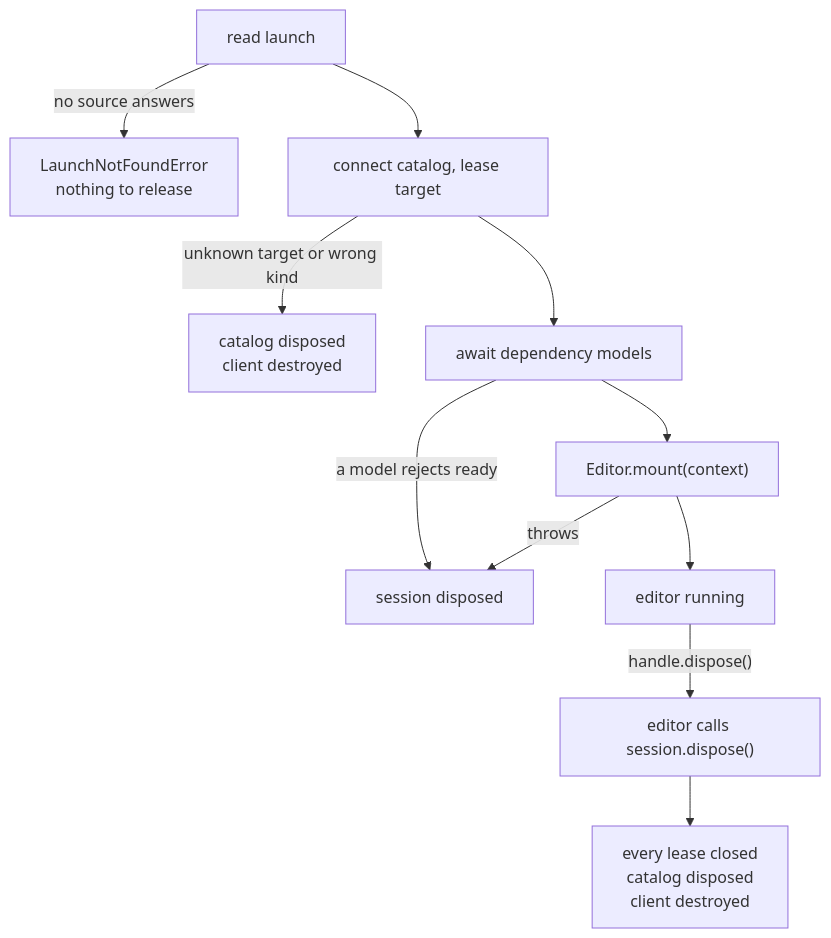
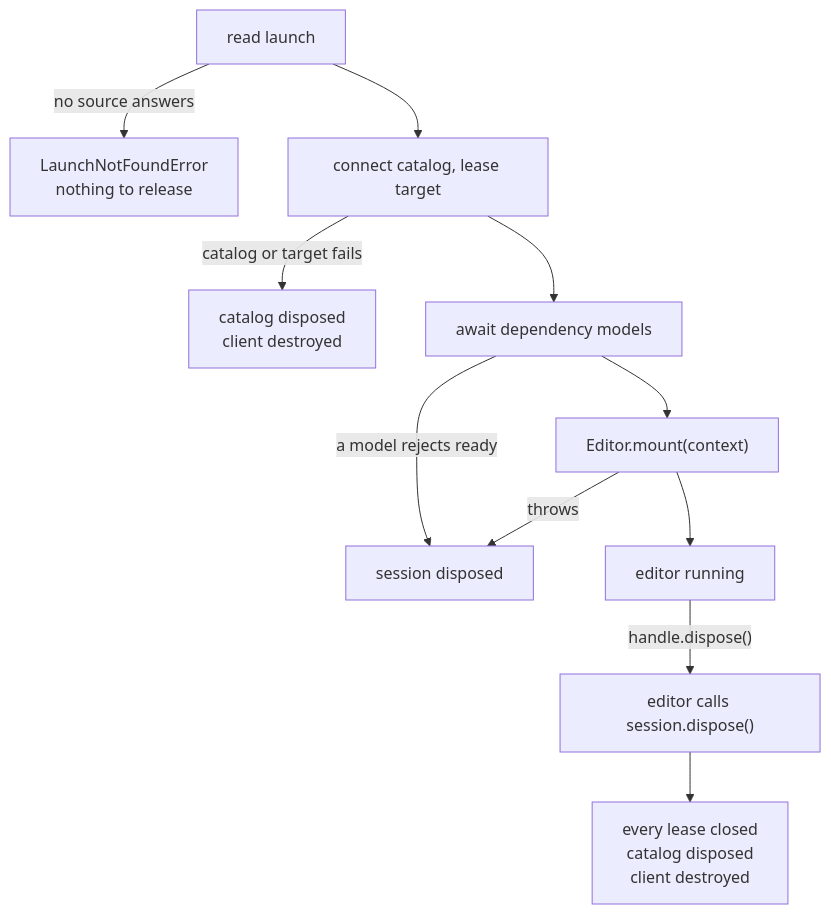
The eighth of 10 diagrams in packages/editors/host/ARCHITECTURE.md (JollyPixel/editor), drawn with Mermaid before and after one commit. The commit also changed other lines of this file and 17 other files, not shown here.

Commit message:
docs: complete ARCHITECTURE.md and GLOSSARY.md across workspaces (#752)

````diff
--- a/packages/editors/host/ARCHITECTURE.md
+++ b/packages/editors/host/ARCHITECTURE.md
@@ -198,13 +263,13 @@
 ```mermaid
 flowchart TB
   Read["read launch"] -->|"no source answers"| E1["LaunchNotFoundError<br/>nothing to release"]
   Read --> Connect["connect catalog, lease target"]
-  Connect -->|"unknown target or wrong kind"| E2["catalog disposed<br/>client destroyed"]
+  Connect -->|"catalog or target fails"| E2["catalog disposed<br/>client destroyed"]
   Connect --> Ready["await dependency models"]
   Ready -->|"a model rejects ready"| E3["session disposed"]
   Ready --> MountStep["Editor.mount(context)"]
   MountStep -->|"throws"| E3
   MountStep --> Running["editor running"]
   Running -->|"handle.dispose()"| Dispose["editor calls session.dispose()"]
   Dispose --> Released["every lease closed<br/>catalog disposed<br/>client destroyed"]
 ```
````
